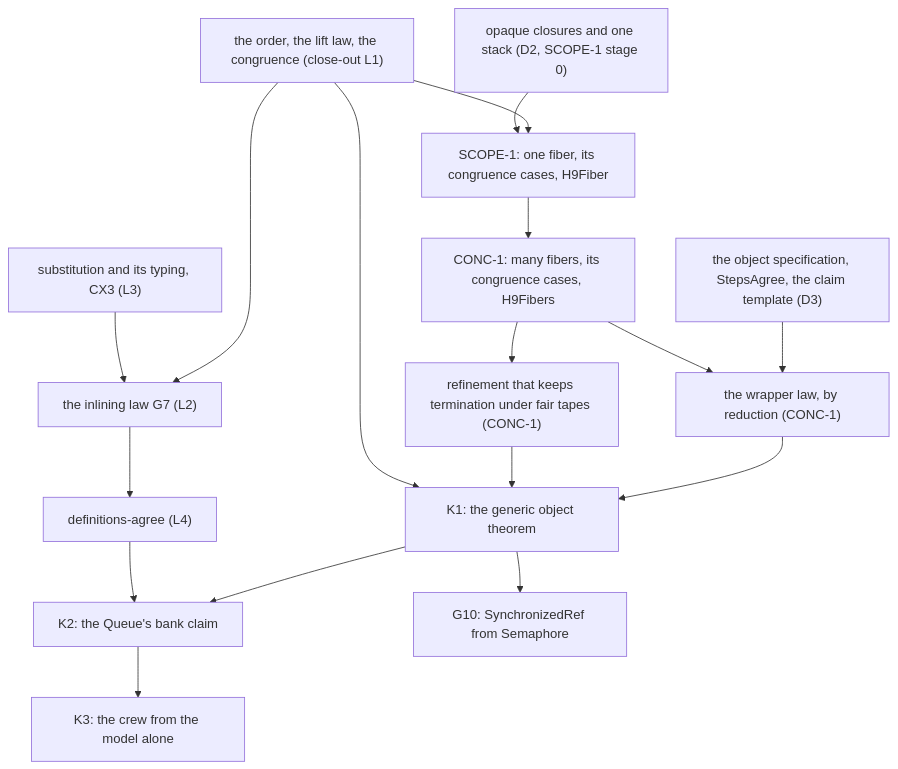
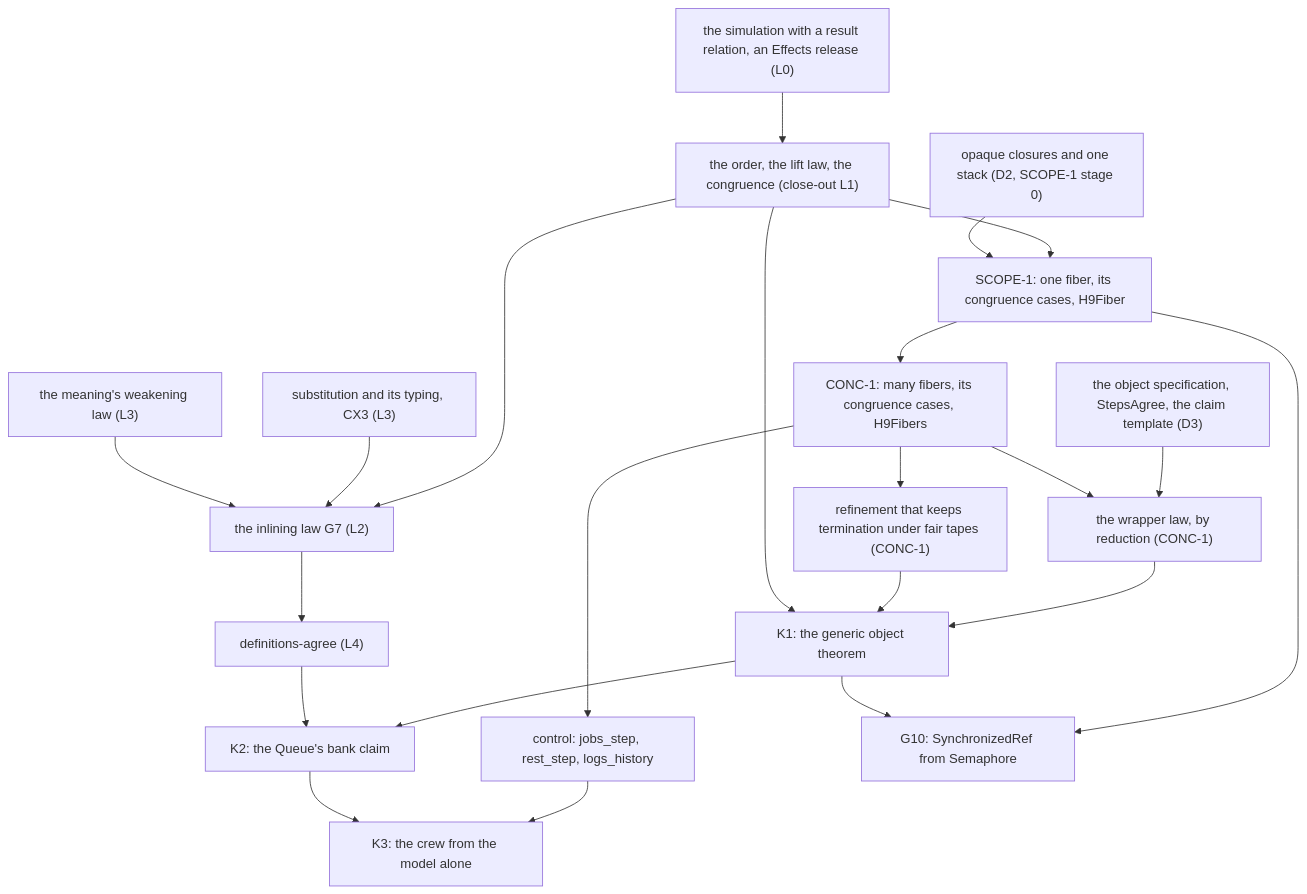
One commit to pure-algebra/lean4-effect4 changed the second of 2 diagrams in docs/research/2026-10-14-proc-close/modelling-check.md. Above: the diagram before and after it, drawn with Mermaid. The commit also changed other lines of this file and 5 other files, not shown here.

Commit message:
after Gemini's math review: decisions row 385 (the simulation gains a result relation in the effects package, the frame condition, three transitions, progress per object, nominal names, three closure nodes), the brief gains slice L0, review notes round 2, Codex's review prompt

````diff
--- a/docs/research/2026-10-14-proc-close/modelling-check.md
+++ b/docs/research/2026-10-14-proc-close/modelling-check.md
@@ -229,33 +242,41 @@
 ```mermaid
 flowchart TD
   L1["the order, the lift law, the congruence (close-out L1)"]
   L3["substitution and its typing, CX3 (L3)"]
   L2["the inlining law G7 (L2)"]
   L4["definitions-agree (L4)"]
+  L0["the simulation with a result relation, an Effects release (L0)"]
+  WK["the meaning's weakening law (L3)"]
+  CT["control: jobs_step, rest_step, logs_history"]
   D2["opaque closures and one stack (D2, SCOPE-1 stage 0)"]
   D3["the object specification, StepsAgree, the claim template (D3)"]
   S1["SCOPE-1: one fiber, its congruence cases, H9Fiber"]
   C1["CONC-1: many fibers, its congruence cases, H9Fibers"]
   W["the wrapper law, by reduction (CONC-1)"]
   P["refinement that keeps termination under fair tapes (CONC-1)"]
   K1["K1: the generic object theorem"]
   K2["K2: the Queue's bank claim"]
   K3["K3: the crew from the model alone"]
   G10["G10: SynchronizedRef from Semaphore"]
+  L0 --> L1
   L1 --> L2
   L3 --> L2
+  WK --> L2
+  C1 --> CT
+  CT --> K3
+  S1 --> G10
   L2 --> L4
   L1 --> S1
   D2 --> S1
   S1 --> C1
   D3 --> W
   C1 --> W
   C1 --> P
   W --> K1
   P --> K1
   L1 --> K1
   K1 --> K2
   L4 --> K2
   K2 --> K3
   K1 --> G10
 ```
````
